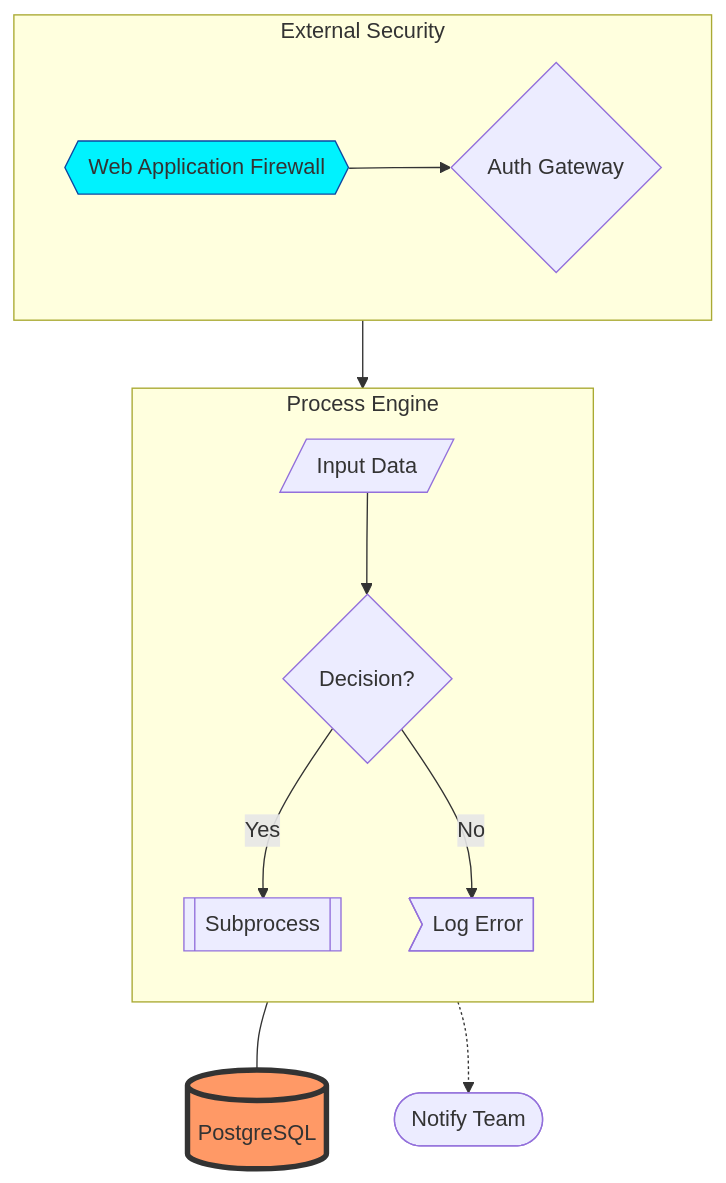
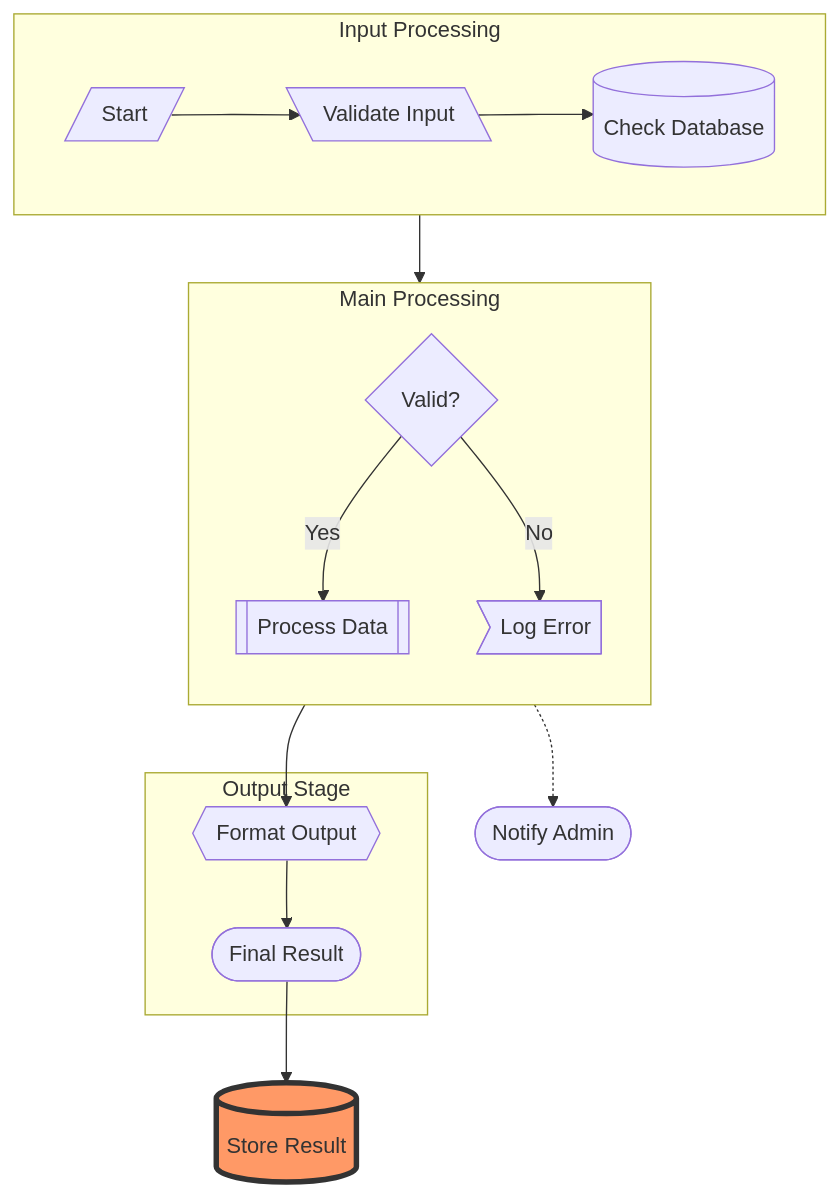
The first of 22 diagrams in assets/examples/mermaid_chart_types.md (Omri4Semperis/Glyph), drawn with Mermaid before and after one commit. The commit also changed other lines of this file, not shown here.

Commit message:
Update advanced flowchart to include various node shapes and enhance input processing logic

````diff
--- a/assets/examples/mermaid_chart_types.md
+++ b/assets/examples/mermaid_chart_types.md
@@ -3,24 +3,27 @@
 ```mermaid
 flowchart TB
     %% Styling
     classDef critical fill:#f96,stroke:#333,stroke-width:4px;
     classDef cloud fill:#00f2fe,stroke:#0d47a1;
 
-    subgraph Security_Layer [External Security]
+    subgraph Input_Processing [Input Processing]
         direction LR
-        WAF{{Web Application Firewall}}:::cloud
-        Auth{Auth Gateway}
+        Start[/Start/] --> Validate[\Validate Input\]
+        Validate --> DB_Check[(Check Database)]
     end
 
-    subgraph Internal_Logic [Process Engine]
+    subgraph Main_Logic [Main Processing]
         direction TB
-        A[/Input Data/] --> B{Decision?}
-        B -- Yes --> C[[Subprocess]]
-        B -- No --> D>Log Error]
+        DB_Check --> Decision{Valid?}
+        Decision -- Yes --> Process[[Process Data]]
+        Decision -- No --> Error>Log Error]
     end
 
-    WAF --> Auth
-    Auth --> A
-    C --- DB[(PostgreSQL)]:::critical
-    D -.-> Slack([Notify Team])
+    subgraph Output_Stage [Output Stage]
+        Process --> Format{{Format Output}}
+        Format --> Final([Final Result])
+    end
+
+    Error -.-> Notify([Notify Admin])
+    Final --> Storage[(Store Result)]:::critical
 ```
````
